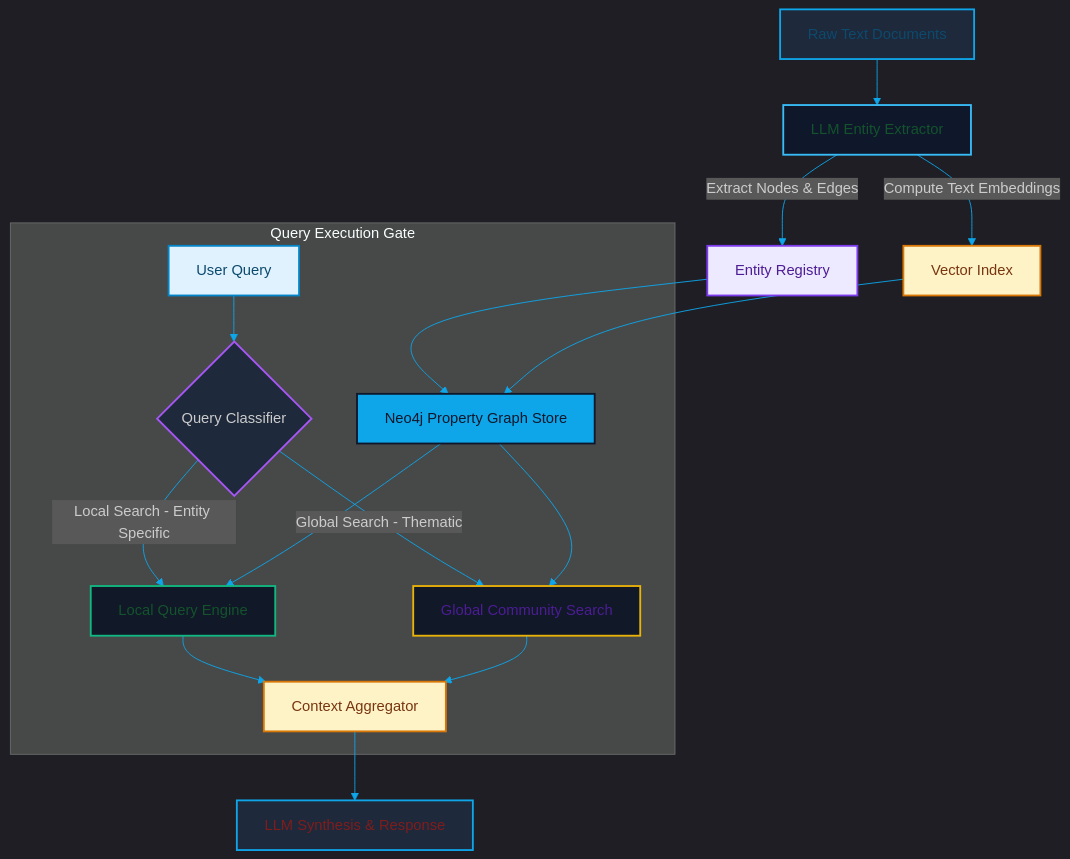
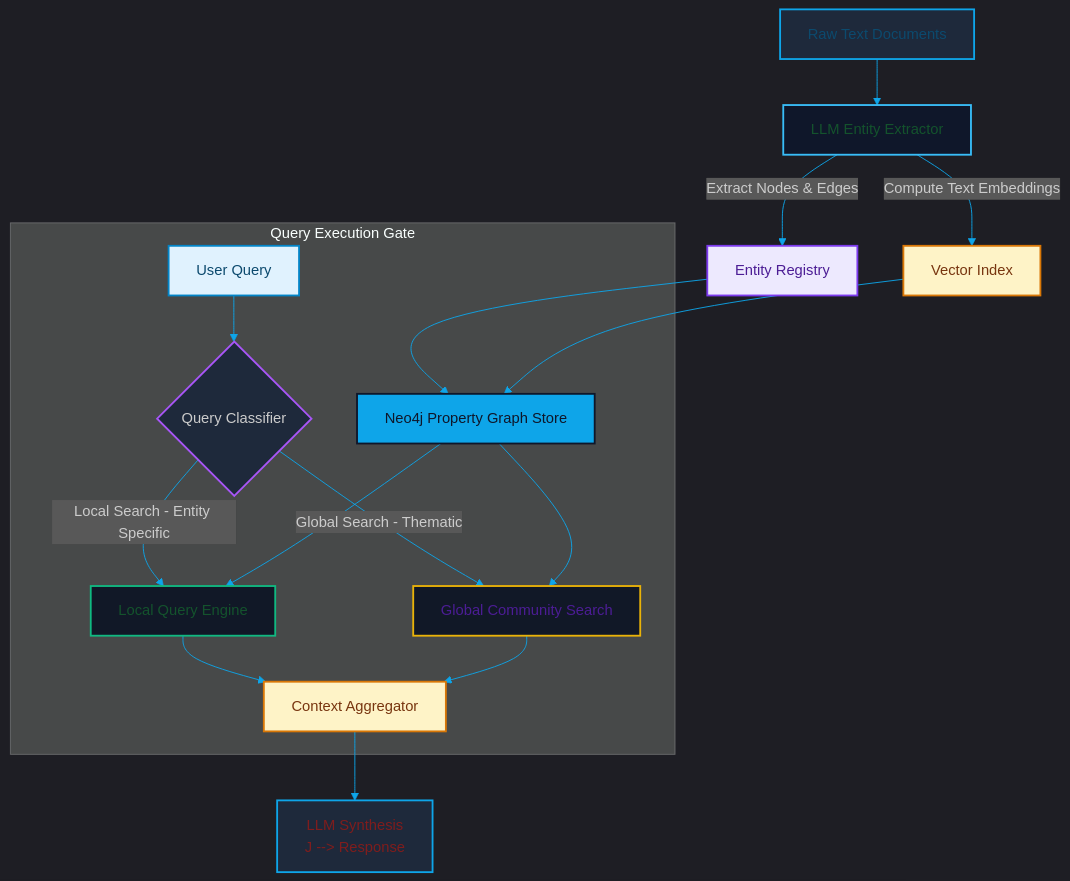
One commit to akmalkhaniub/akmalkhaniub.github.io changed the diagram in blog/posts/graphrag-entity-graphs.md. Above: the diagram before and after it, drawn with Mermaid. The commit also changed 894 other files, not shown here.

Commit message:
feat(blog): upgrade all 444 posts with unique staggered dates, 2-col Mermaid spines, benchmark tables, code blocks, and trade-offs

````diff
--- a/blog/posts/graphrag-entity-graphs.md
+++ b/blog/posts/graphrag-entity-graphs.md
@@ -26,41 +26,42 @@
 ```mermaid
 %%{init: {'theme': 'dark', 'themeVariables': { 'primaryColor': '#0ea5e9', 'primaryTextColor': '#f3f4f6', 'primaryBorderColor': '#38bdf8', 'lineColor': '#0ea5e9', 'secondaryColor': '#111827', 'tertiaryColor': '#111827'}}}%%
 flowchart TD
     A["Raw Text Documents"] --> B["LLM Entity Extractor"]
     B -->|Extract Nodes & Edges| C["Entity Registry"]
     B -->|Compute Text Embeddings| D["Vector Index"]
     C --> E["Neo4j Property Graph Store"]
     D --> E
     
     subgraph SG1_QueryExecutionGate ["Query Execution Gate"]
         F["User Query"] --> G{Query Classifier}
         G -->|Local Search - Entity Specific| H["Local Query Engine"]
         G -->|Global Search - Thematic| I["Global Community Search"]
         
         E --> H
         E --> I
         H --> J["Context Aggregator"]
         I --> J
     end
     
-    J --> K["LLM Synthesis & Response"]
+    J --> K["LLM Synthesis
+    J --> Response"]
 
     style A fill:#1e293b,stroke:#0ea5e9,stroke-width:2px
     style B fill:#0f172a,stroke:#38bdf8,stroke-width:2px
     style E fill:#0ea5e9,stroke:#0f172a,stroke-width:2px,color:#0f172a
     style G fill:#1e293b,stroke:#a855f7,stroke-width:2px
     style H fill:#111827,stroke:#10b981,stroke-width:2px
     style I fill:#111827,stroke:#eab308,stroke-width:2px
     style K fill:#1e293b,stroke:#0ea5e9,stroke-width:2px
 
 classDef green fill:#dcfce7,stroke:#16a34a,stroke-width:2px,color:#14532d;
 classDef red fill:#fee2e2,stroke:#dc2626,stroke-width:2px,color:#7f1d1d;
 classDef blue fill:#e0f2fe,stroke:#0284c7,stroke-width:2px,color:#0c4a6e;
 classDef yellow fill:#fef3c7,stroke:#d97706,stroke-width:2px,color:#78350f;
 classDef purple fill:#ede9fe,stroke:#7c3aed,stroke-width:2px,color:#4c1d95;
 class A,F blue
 class B,H green
 class C,I purple
 class D,J yellow
 class E,K red
 ```
````
